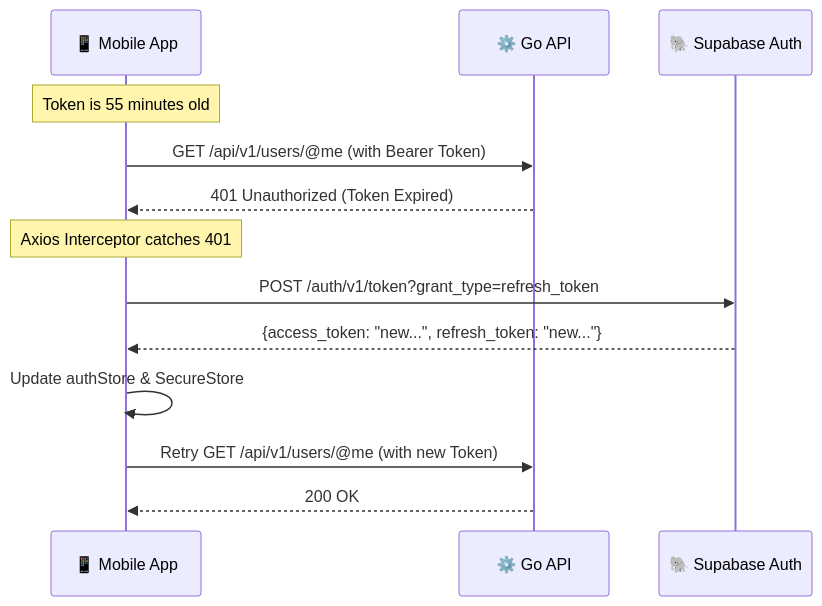
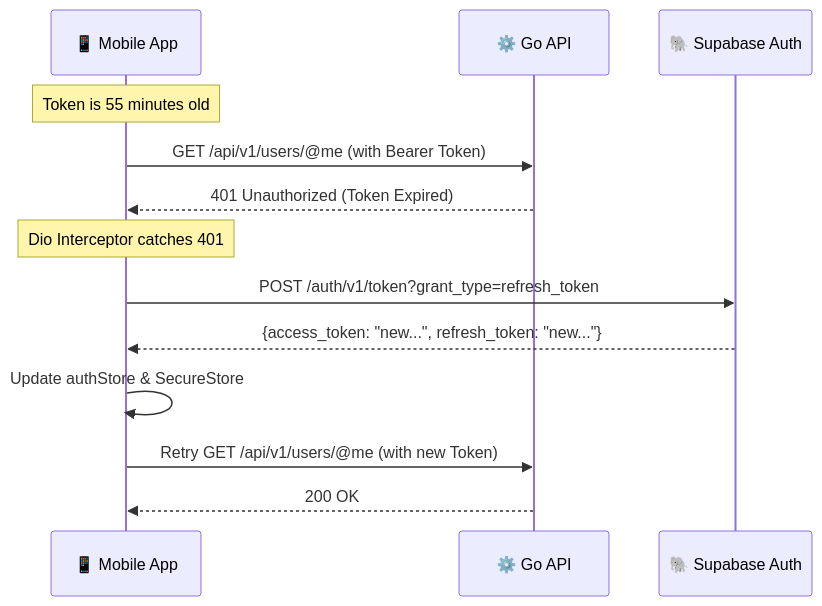
The third of 3 diagrams in docs/architecture/authentication-flow.md (Santosh-Prasad-Verma/Flicko), drawn with Mermaid before and after one commit. The commit also changed other lines of this file and 3075 other files, not shown here.

````diff
--- a/docs/architecture/authentication-flow.md
+++ b/docs/architecture/authentication-flow.md
@@ -224,18 +224,18 @@
 ```mermaid
 sequenceDiagram
     participant App as 📱 Mobile App
     participant GO as ⚙️ Go API
     participant SUPA as 🐘 Supabase Auth
     
     Note over App: Token is 55 minutes old
     App->>GO: GET /api/v1/users/@me (with Bearer Token)
     GO-->>App: 401 Unauthorized (Token Expired)
     
-    Note over App: Axios Interceptor catches 401
+    Note over App: Dio Interceptor catches 401
     App->>SUPA: POST /auth/v1/token?grant_type=refresh_token
     SUPA-->>App: {access_token: "new...", refresh_token: "new..."}
     
     App->>App: Update authStore & SecureStore
     App->>GO: Retry GET /api/v1/users/@me (with new Token)
     GO-->>App: 200 OK
 ```
````
